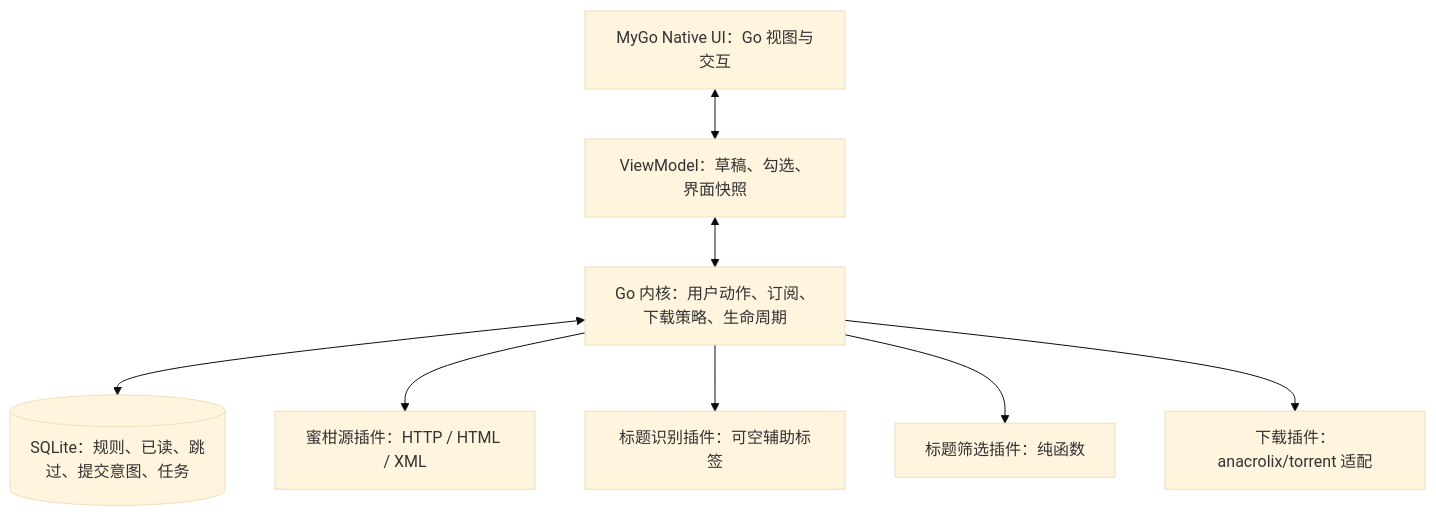
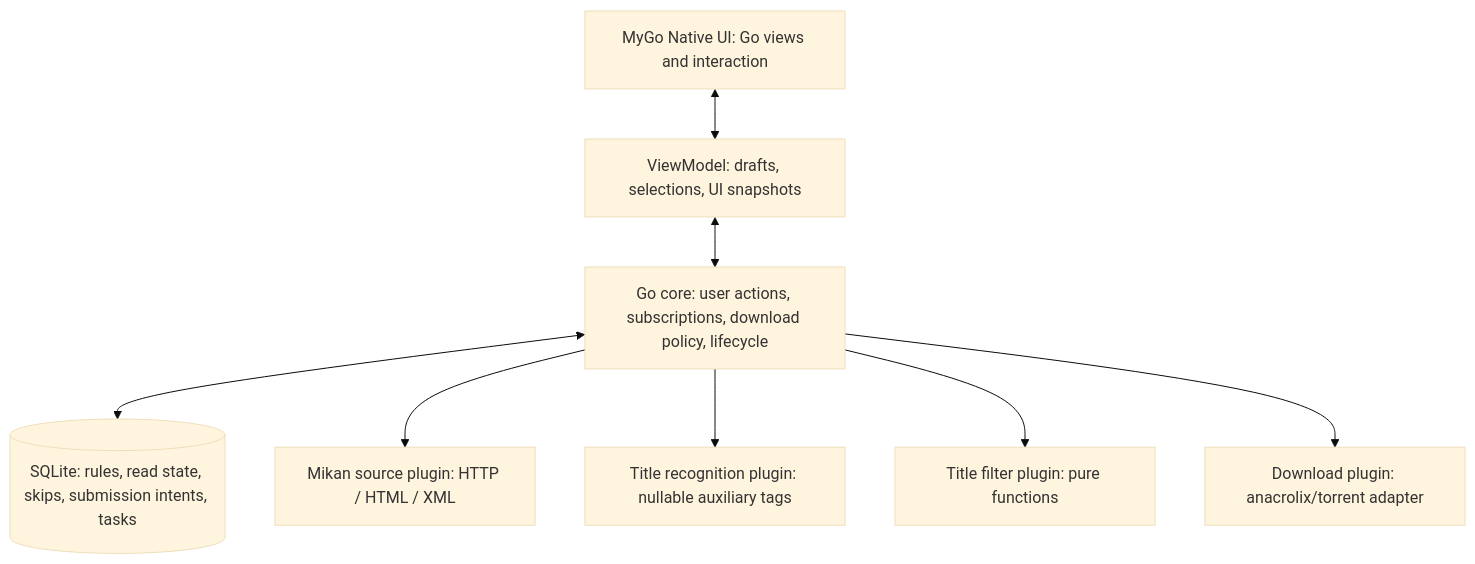
The diagram in TECH-STACK-v1.md (steampixel007/Dipper), drawn with Mermaid (base theme) before and after one commit. The commit also changed other lines of this file and 18 other files, not shown here.

````diff
--- a/TECH-STACK-v1.md
+++ b/TECH-STACK-v1.md
@@ -83,18 +83,18 @@
 ```mermaid
 flowchart TD
-    UI[MyGo Native UI：Go 视图与交互]
-    VM[ViewModel：草稿、勾选、界面快照]
-    Core[Go 内核：用户动作、订阅、下载策略、生命周期]
-    DB[(SQLite：规则、已读、跳过、提交意图、任务)]
-    Src[蜜柑源插件：HTTP / HTML / XML]
-    Recognizer[标题识别插件：可空辅助标签]
-    Matcher[标题筛选插件：纯函数]
-    Downloader[下载插件：anacrolix/torrent 适配]
+    UI[MyGo Native UI: Go views and interaction]
+    VM[ViewModel: drafts, selections, UI snapshots]
+    Core[Go core: user actions, subscriptions, download policy, lifecycle]
+    DB[(SQLite: rules, read state, skips, submission intents, tasks)]
+    Src[Mikan source plugin: HTTP / HTML / XML]
+    Recognizer[Title recognition plugin: nullable auxiliary tags]
+    Matcher[Title filter plugin: pure functions]
+    Downloader[Download plugin: anacrolix/torrent adapter]
     UI <--> VM
     VM <--> Core
     Core <--> DB
     Core --> Src
     Core --> Recognizer
     Core --> Matcher
     Core --> Downloader
 ```
````
